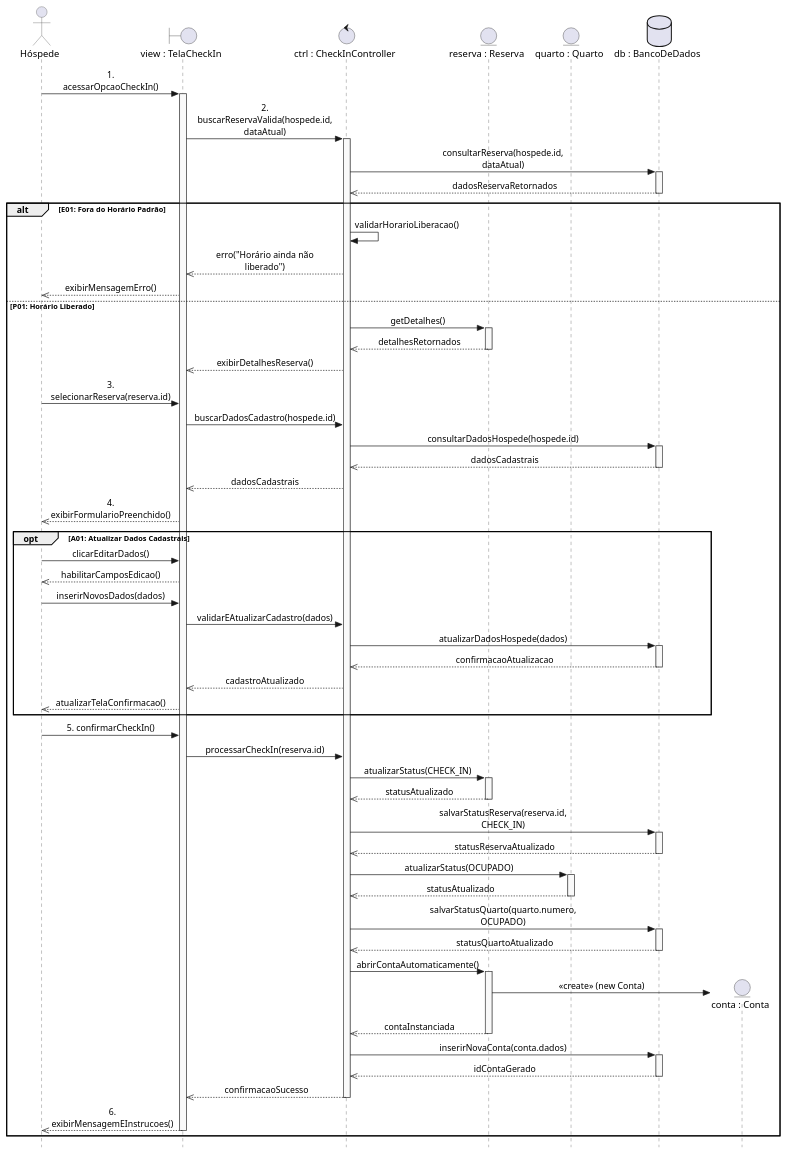
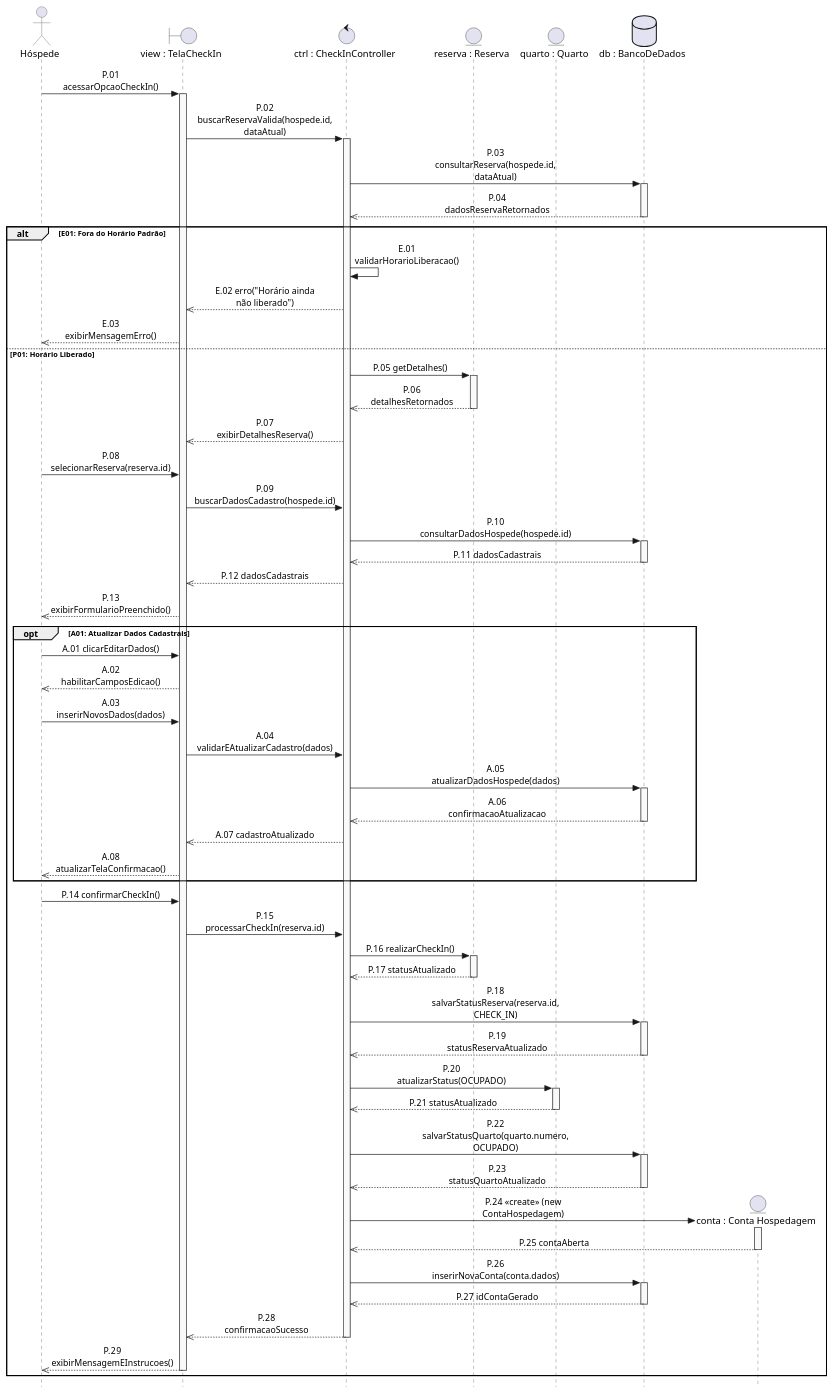
One commit to gusjjpv/serro-hotelaria changed the diagram in docs/diagramas/seguencia/Realizar-CheckIn-sequencia.iuml. Above: the diagram before and after it, drawn with PlantUML. The commit also changed 4 other files, not shown here.

Commit message:
docs: diagramas com mudanças

```diff
--- a/docs/diagramas/seguencia/Realizar-CheckIn-sequencia.iuml
+++ b/docs/diagramas/seguencia/Realizar-CheckIn-sequencia.iuml
@@ -1,117 +1,115 @@
 @startuml
 skinparam style strictuml
 skinparam sequenceMessageAlign center
 skinparam maxmessagesize 150
 
 skinparam sequence {
     LifeLineBorderColor #4A4A4A
     LifeLineBackgroundColor #F9F9F9
     GroupBorderColor #000000
     GroupHeaderFontColor #000000
     GroupHeaderBackgroundColor #1565C0
     ActorBorderColor #4A4A4A
     ParticipantBorderColor #4A4A4A
     ParticipantBackgroundColor White
 }
 
 actor "Hóspede" as hospede
 boundary "view : TelaCheckIn" as tela
 control "ctrl : CheckInController" as ctrl
 entity "reserva : Reserva" as reserva
 entity "quarto : Quarto" as quarto
 database "db : BancoDeDados" as db
 
-hospede -> tela : 1. acessarOpcaoCheckIn()
+hospede -> tela : P.01 acessarOpcaoCheckIn()
 activate tela
 
-tela -> ctrl : 2. buscarReservaValida(hospede.id, dataAtual)
+tela -> ctrl : P.02 buscarReservaValida(hospede.id, dataAtual)
 activate ctrl
 
-ctrl -> db : consultarReserva(hospede.id, dataAtual)
+ctrl -> db : P.03 consultarReserva(hospede.id, dataAtual)
 activate db
-db -->> ctrl : dadosReservaRetornados
+db -->> ctrl : P.04 dadosReservaRetornados
 deactivate db
 
 alt E01: Fora do Horário Padrão
-    ctrl -> ctrl : validarHorarioLiberacao()
-    ctrl -->> tela : erro("Horário ainda não liberado")
-    tela -->> hospede : exibirMensagemErro()
+    ctrl -> ctrl : E.01 validarHorarioLiberacao()
+    ctrl -->> tela : E.02 erro("Horário ainda não liberado")
+    tela -->> hospede : E.03 exibirMensagemErro()
 
 else P01: Horário Liberado
-    ctrl -> reserva : getDetalhes()
+    ctrl -> reserva : P.05 getDetalhes()
     activate reserva
-    reserva -->> ctrl : detalhesRetornados
+    reserva -->> ctrl : P.06 detalhesRetornados
     deactivate reserva
     
-    ctrl -->> tela : exibirDetalhesReserva()
+    ctrl -->> tela : P.07 exibirDetalhesReserva()
     
-    hospede -> tela : 3. selecionarReserva(reserva.id)
-    tela -> ctrl : buscarDadosCadastro(hospede.id)
+    hospede -> tela : P.08 selecionarReserva(reserva.id)
+    tela -> ctrl : P.09 buscarDadosCadastro(hospede.id)
 
-    ctrl -> db : consultarDadosHospede(hospede.id)
+    ctrl -> db : P.10 consultarDadosHospede(hospede.id)
     activate db
-    db -->> ctrl : dadosCadastrais
+    db -->> ctrl : P.11 dadosCadastrais
     deactivate db
 
-    ctrl -->> tela : dadosCadastrais
-    tela -->> hospede : 4. exibirFormularioPreenchido()
+    ctrl -->> tela : P.12 dadosCadastrais
+    tela -->> hospede : P.13 exibirFormularioPreenchido()
 
     opt A01: Atualizar Dados Cadastrais
-        hospede -> tela : clicarEditarDados()
-        tela -->> hospede : habilitarCamposEdicao()
-        hospede -> tela : inserirNovosDados(dados)
-        tela -> ctrl : validarEAtualizarCadastro(dados)
+        hospede -> tela : A.01 clicarEditarDados()
+        tela -->> hospede : A.02 habilitarCamposEdicao()
+        hospede -> tela : A.03 inserirNovosDados(dados)
+        tela -> ctrl : A.04 validarEAtualizarCadastro(dados)
 
-        ctrl -> db : atualizarDadosHospede(dados)
+        ctrl -> db : A.05 atualizarDadosHospede(dados)
         activate db
-        db -->> ctrl : confirmacaoAtualizacao
+        db -->> ctrl : A.06 confirmacaoAtualizacao
         deactivate db
 
-        ctrl -->> tela : cadastroAtualizado
-        tela -->> hospede : atualizarTelaConfirmacao()
+        ctrl -->> tela : A.07 cadastroAtualizado
+        tela -->> hospede : A.08 atualizarTelaConfirmacao()
     end
 
-    hospede -> tela : 5. confirmarCheckIn()
-    tela -> ctrl : processarCheckIn(reserva.id)
+    hospede -> tela : P.14 confirmarCheckIn()
+    tela -> ctrl : P.15 processarCheckIn(reserva.id)
 
-    ctrl -> reserva : atualizarStatus(CHECK_IN)
+    ctrl -> reserva : P.16 realizarCheckIn()
     activate reserva
-    reserva -->> ctrl : statusAtualizado
+    reserva -->> ctrl : P.17 statusAtualizado
     deactivate reserva
 
-    ctrl -> db : salvarStatusReserva(reserva.id, CHECK_IN)
+    ctrl -> db : P.18 salvarStatusReserva(reserva.id, CHECK_IN)
     activate db
-    db -->> ctrl : statusReservaAtualizado
+    db -->> ctrl : P.19 statusReservaAtualizado
     deactivate db
 
-    ctrl -> quarto : atualizarStatus(OCUPADO)
+    ctrl -> quarto : P.20 atualizarStatus(OCUPADO)
     activate quarto
-    quarto -->> ctrl : statusAtualizado
+    quarto -->> ctrl : P.21 statusAtualizado
     deactivate quarto
 
-    ctrl -> db : salvarStatusQuarto(quarto.numero, OCUPADO)
+    ctrl -> db : P.22 salvarStatusQuarto(quarto.numero, OCUPADO)
     activate db
-    db -->> ctrl : statusQuartoAtualizado
+    db -->> ctrl : P.23 statusQuartoAtualizado
     deactivate db
 
-    ctrl -> reserva : abrirContaAutomaticamente()
-    activate reserva
-    
-    create entity "conta : Conta" as conta
-    reserva -> conta : <<create>> (new Conta)
-    reserva -->> ctrl : contaInstanciada
-    deactivate reserva
+    create entity "conta : Conta Hospedagem" as conta
+    ctrl -> conta : P.24 <<create>> (new ContaHospedagem)
+    activate conta
+    conta -->> ctrl : P.25 contaAberta
+    deactivate conta
 
-    ctrl -> db : inserirNovaConta(conta.dados)
+    ctrl -> db : P.26 inserirNovaConta(conta.dados)
     activate db
-    db -->> ctrl : idContaGerado
+    db -->> ctrl : P.27 idContaGerado
     deactivate db
 
-    ctrl -->> tela : confirmacaoSucesso
+    ctrl -->> tela : P.28 confirmacaoSucesso
     deactivate ctrl
 
-    tela -->> hospede : 6. exibirMensagemEInstrucoes()
+    tela -->> hospede : P.29 exibirMensagemEInstrucoes()
     deactivate tela
 end
 
 @enduml
```
